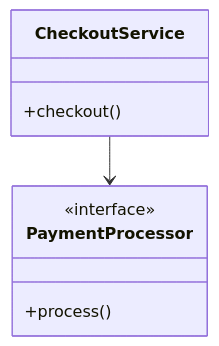
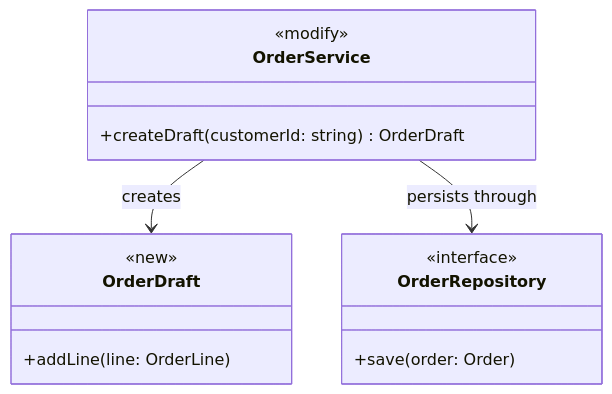
Before and after one commit to futureappworker/skill-creator: the fourth of 6 diagrams in .agents/skills/plan-with-class-diagram/rules/class-diagram-規範.md, drawn with Mermaid. The commit also changed other lines of this file and 3 other files, not shown here.

Commit message:
feat: plan-with-class-diagram 支援類別圖變更標註與重構流程

````diff
--- a/.agents/skills/plan-with-class-diagram/rules/class-diagram-規範.md
+++ b/.agents/skills/plan-with-class-diagram/rules/class-diagram-規範.md
@@ -64,11 +70,17 @@
 ```mermaid
 classDiagram
-    class PaymentProcessor {
+    class OrderDraft {
+        <<new>>
+        +addLine(line: OrderLine)
+    }
+    class OrderService {
+        <<modify>>
+        +createDraft(customerId: string) OrderDraft
+    }
+    class OrderRepository {
         <<interface>>
-        +process()
+        +save(order: Order)
     }
-    class CheckoutService {
-        +checkout()
-    }
-    CheckoutService --> PaymentProcessor
+    OrderService --> OrderDraft : creates
+    OrderService --> OrderRepository : persists through
 ```
````
